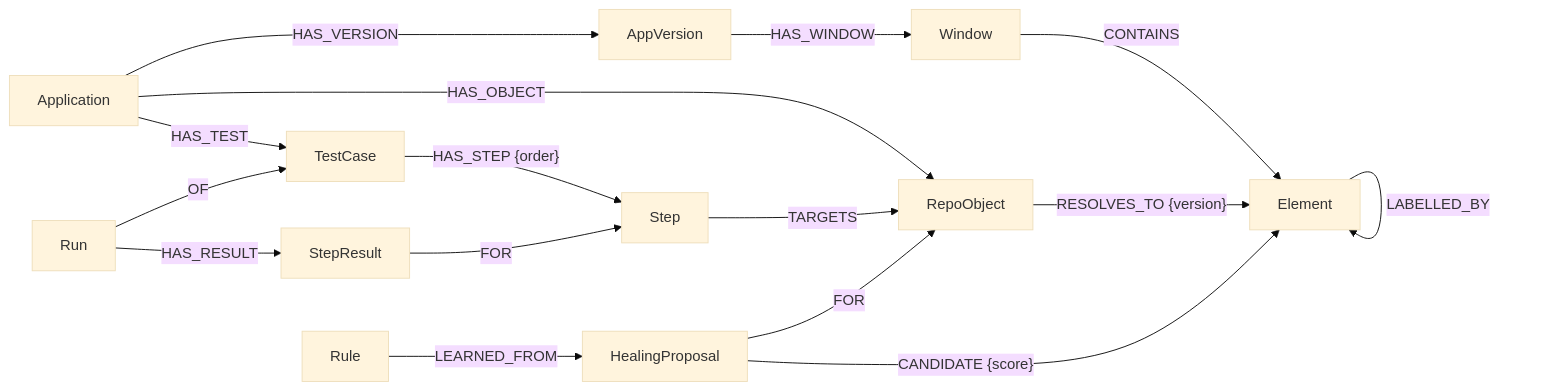
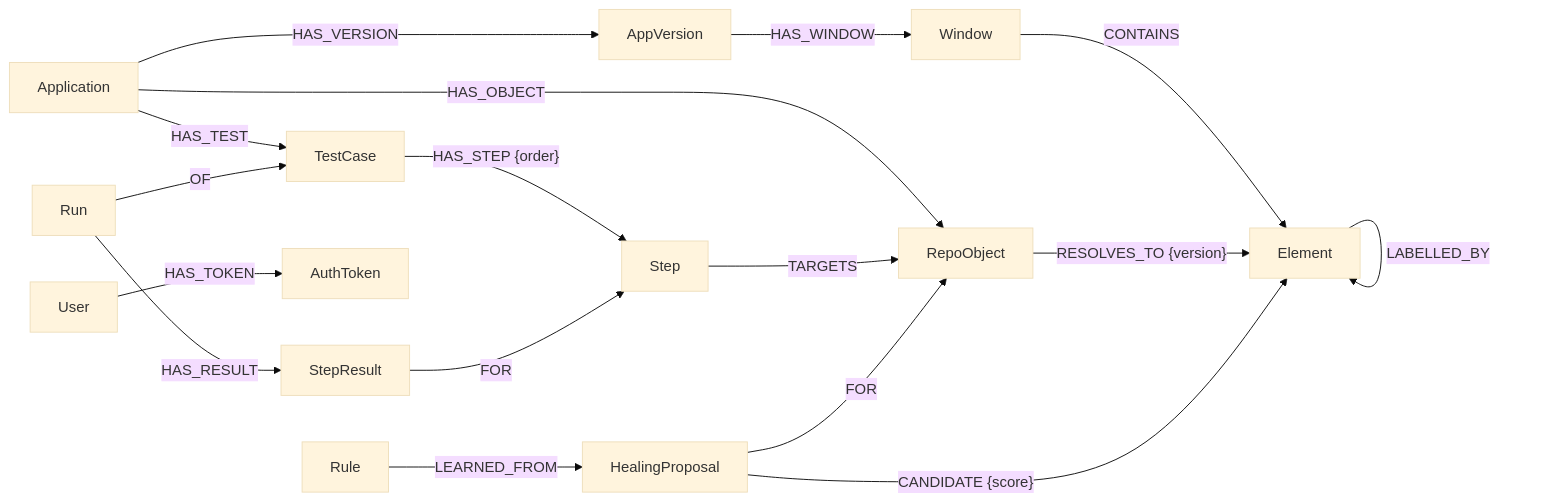
One commit to galipdg/AYNA changed the diagram in docs/graph-model.md. Above: the diagram before and after it, drawn with Mermaid (base theme). The commit also changed other lines of this file and 31 other files, not shown here.

````diff
--- a/docs/graph-model.md
+++ b/docs/graph-model.md
@@ -12,19 +13,20 @@
 ```mermaid
 graph LR
   Application -- HAS_VERSION --> AppVersion
   Application -- HAS_TEST --> TestCase
   Application -- HAS_OBJECT --> RepoObject
   AppVersion -- HAS_WINDOW --> Window
   Window -- CONTAINS --> Element
   Element -- CONTAINS --> Element
   Element -- LABELLED_BY --> Element
   RepoObject -- "RESOLVES_TO {version}" --> Element
   TestCase -- "HAS_STEP {order}" --> Step
   Step -- TARGETS --> RepoObject
   Run -- OF --> TestCase
   Run -- HAS_RESULT --> StepResult
   StepResult -- FOR --> Step
   HealingProposal -- FOR --> RepoObject
   HealingProposal -- "CANDIDATE {score}" --> Element
   Rule -- LEARNED_FROM --> HealingProposal
+  User -- HAS_TOKEN --> AuthToken
 ```
````
